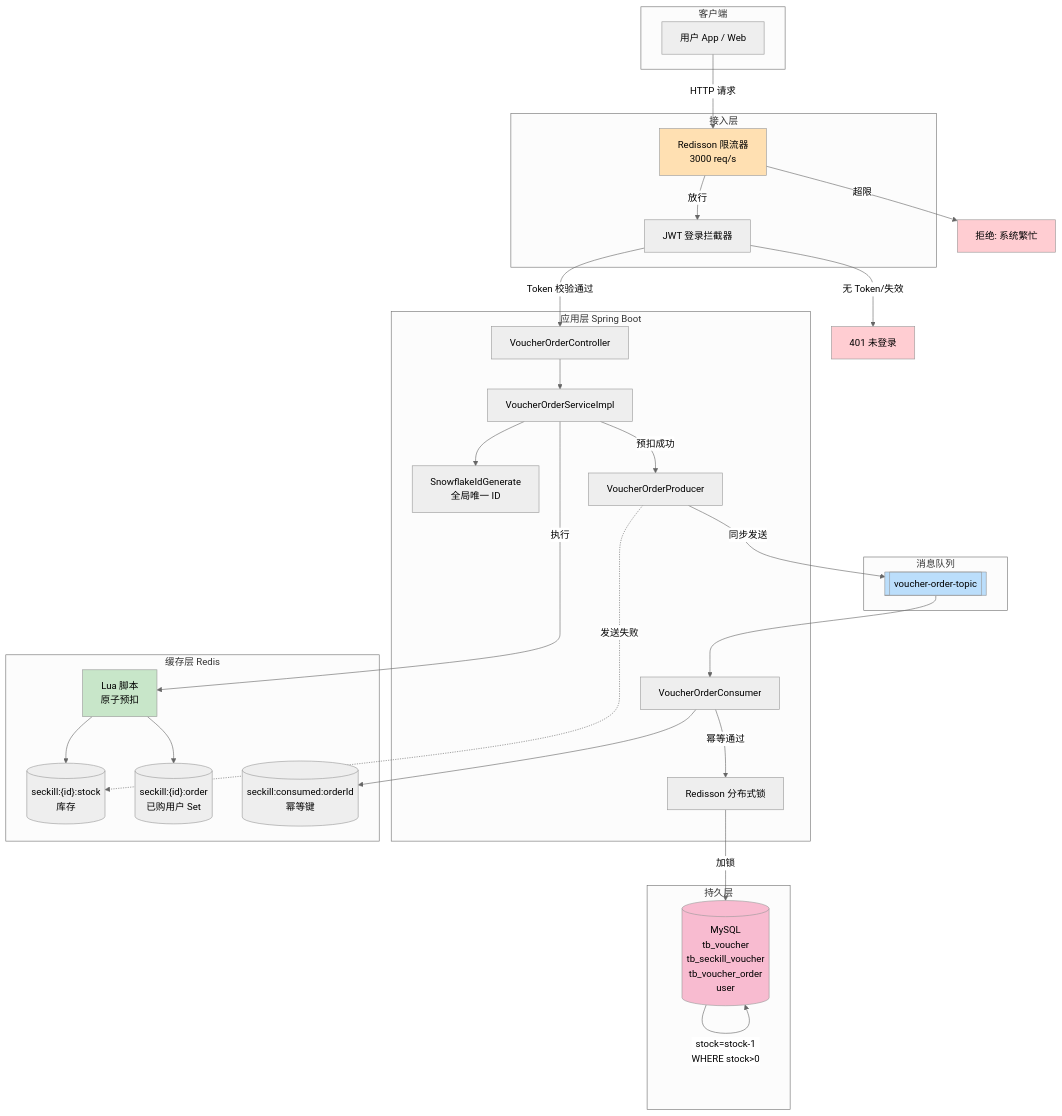
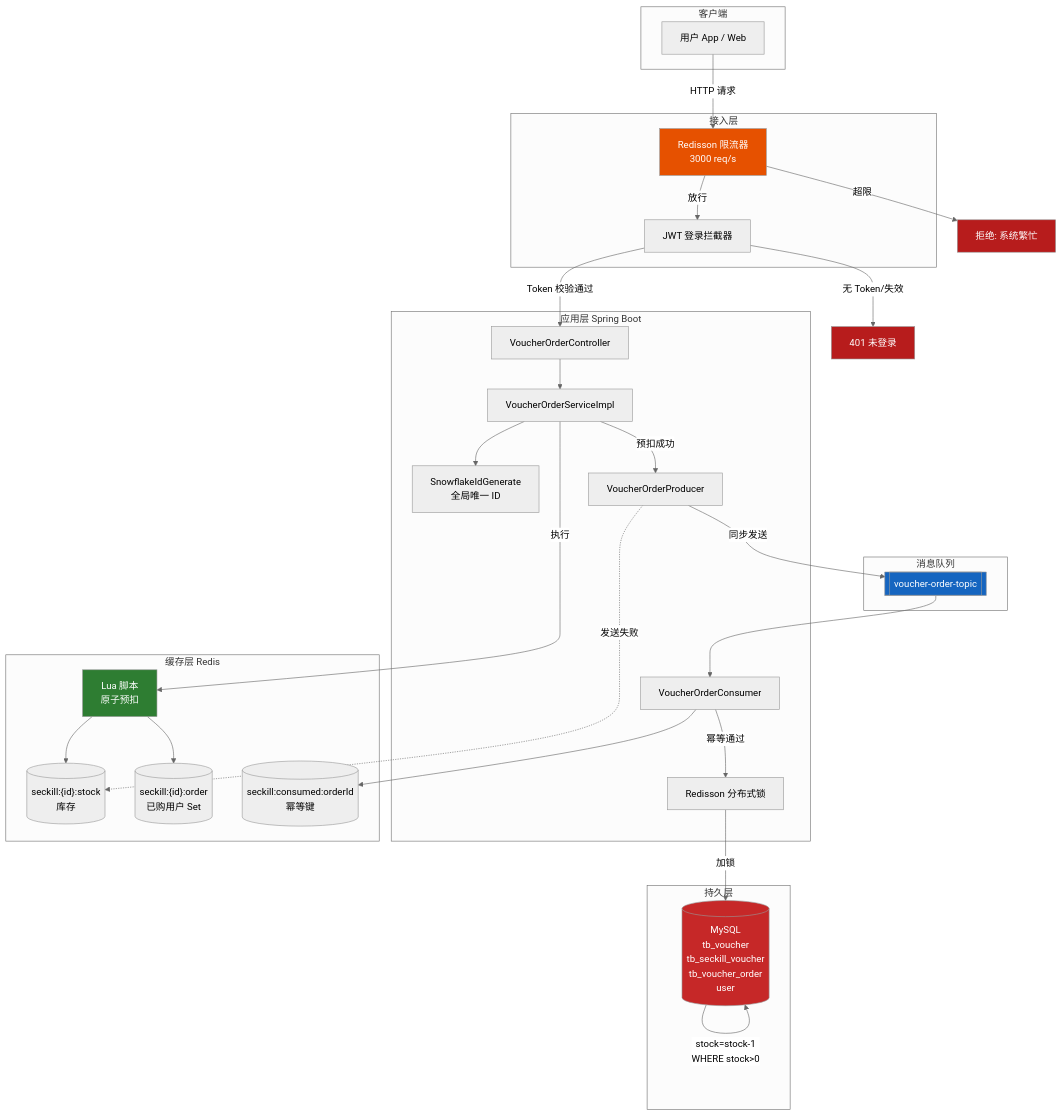
The first of 3 diagrams in README.md (Shardkiht/FlashDeal), drawn with Mermaid (neutral theme) before and after one commit. The commit also changed other lines of this file, not shown here.

First line of the commit message:
style(docs): 更新 README.md 中的流程图样式配置

````diff
--- a/README.md
+++ b/README.md
@@ -67,63 +67,63 @@
 ```mermaid
 flowchart TB
     subgraph Client["客户端"]
         U["用户 App / Web"]
     end
 
     subgraph Gateway["接入层"]
         RL["Redisson 限流器<br/>3000 req/s"]
         LI["JWT 登录拦截器"]
     end
 
     subgraph App["应用层 Spring Boot"]
         CTRL["VoucherOrderController"]
         SVC["VoucherOrderServiceImpl"]
         IDG["SnowflakeIdGenerate<br/>全局唯一 ID"]
         PROD["VoucherOrderProducer"]
         CONS["VoucherOrderConsumer"]
         LOCK["Redisson 分布式锁"]
     end
 
     subgraph Cache["缓存层 Redis"]
         STOCK[("seckill:{id}:stock<br/>库存")]
         ORDER[("seckill:{id}:order<br/>已购用户 Set")]
         IDEM[("seckill:consumed:orderId<br/>幂等键")]
 
         LUA["Lua 脚本<br/>原子预扣"]
     end
 
     subgraph MQ["消息队列"]
         TOPIC[["voucher-order-topic"]]
     end
 
     subgraph DB["持久层"]
         MYSQL[("MySQL<br/>tb_voucher<br/>tb_seckill_voucher<br/>tb_voucher_order<br/>user")]
     end
 
     U -->|HTTP 请求| RL
     RL -->|放行| LI
     RL -->|超限| REJ["拒绝: 系统繁忙"]
     LI -->|Token 校验通过| CTRL
     LI -->|无 Token/失效| UNAUTH["401 未登录"]
     CTRL --> SVC
     SVC --> IDG
 
     SVC -->|执行| LUA
     LUA --> STOCK
     LUA --> ORDER
     SVC -->|预扣成功| PROD
     PROD -->|同步发送| TOPIC
     PROD -.->|发送失败| STOCK
     TOPIC --> CONS
     CONS --> IDEM
     CONS -->|幂等通过| LOCK
     LOCK -->|加锁| MYSQL
     MYSQL -->|stock=stock-1<br/>WHERE stock>0| MYSQL
 
-    style RL fill:#ffe0b2
-    style LUA fill:#c8e6c9
-    style TOPIC fill:#bbdefb
-    style MYSQL fill:#f8bbd0
-    style REJ fill:#ffcdd2
-    style UNAUTH fill:#ffcdd2
+    style RL fill:#e65100,color:#fff
+    style LUA fill:#2e7d32,color:#fff
+    style TOPIC fill:#1565c0,color:#fff
+    style MYSQL fill:#c62828,color:#fff
+    style REJ fill:#b71c1c,color:#fff
+    style UNAUTH fill:#b71c1c,color:#fff
 ```
````
